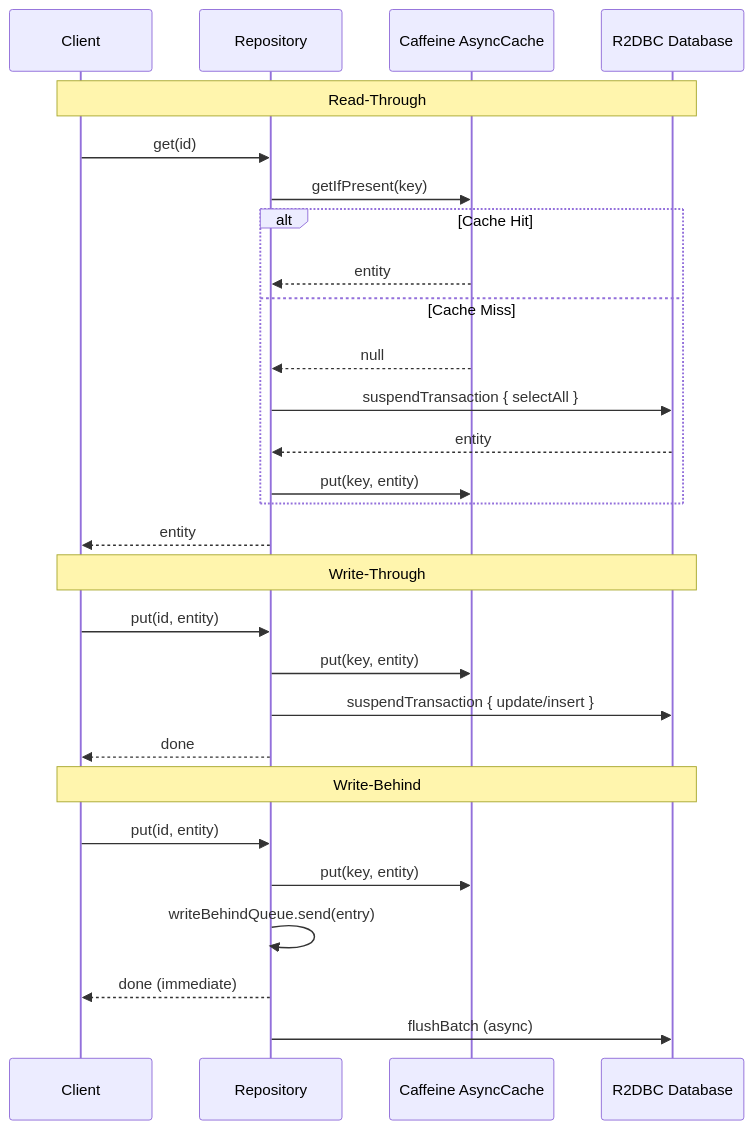
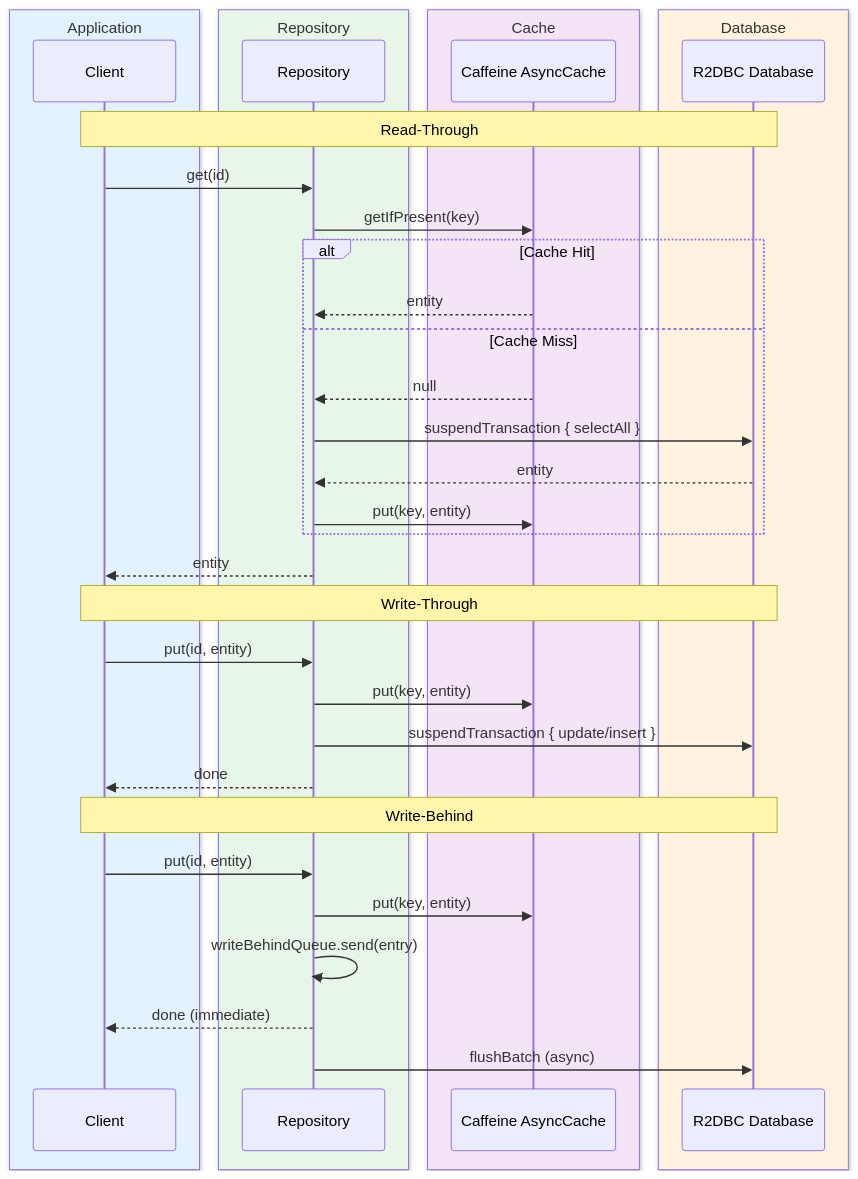
One commit to bluetape4k/bluetape4k-projects changed the second of 2 diagrams in data/exposed-r2dbc-caffeine/README.md. Above: the diagram before and after it, drawn with Mermaid. The commit also changed other lines of this file and 221 other files, not shown here.

First line of the commit message:
docs: 전체 모듈 README UML 다이어그램 보강 및 색상 업그레이드

````diff
--- a/data/exposed-r2dbc-caffeine/README.md
+++ b/data/exposed-r2dbc-caffeine/README.md
@@ -47,33 +51,41 @@
 ```mermaid
 sequenceDiagram
-    participant Client
-    participant Repository
-    participant Caffeine as Caffeine AsyncCache
-    participant DB as R2DBC Database
+    box rgb(227, 242, 253) Application
+        participant Client
+    end
+    box rgb(232, 245, 233) Repository
+        participant Repository
+    end
+    box rgb(243, 229, 245) Cache
+        participant Caffeine as Caffeine AsyncCache
+    end
+    box rgb(255, 243, 224) Database
+        participant DB as R2DBC Database
+    end
 
     Note over Client,DB: Read-Through
     Client->>Repository: get(id)
     Repository->>Caffeine: getIfPresent(key)
     alt Cache Hit
         Caffeine-->>Repository: entity
     else Cache Miss
         Caffeine-->>Repository: null
         Repository->>DB: suspendTransaction { selectAll }
         DB-->>Repository: entity
         Repository->>Caffeine: put(key, entity)
     end
     Repository-->>Client: entity
 
     Note over Client,DB: Write-Through
     Client->>Repository: put(id, entity)
     Repository->>Caffeine: put(key, entity)
     Repository->>DB: suspendTransaction { update/insert }
     Repository-->>Client: done
 
     Note over Client,DB: Write-Behind
     Client->>Repository: put(id, entity)
     Repository->>Caffeine: put(key, entity)
     Repository->>Repository: writeBehindQueue.send(entry)
     Repository-->>Client: done (immediate)
     Repository->>DB: flushBatch (async)
 ```
````
